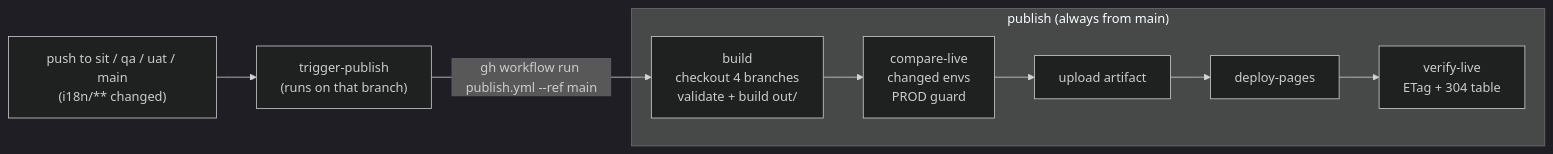
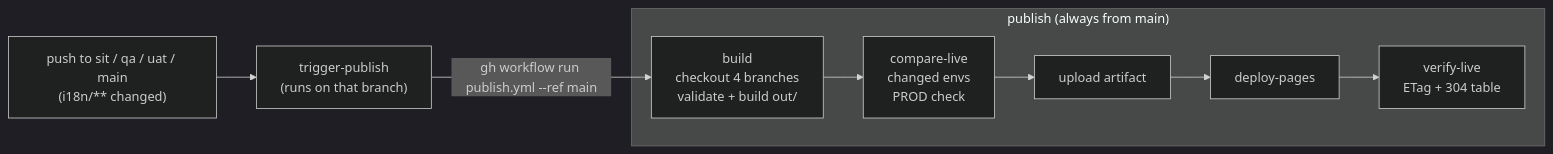
Before and after one commit to Programm3r/tms: the second of 2 diagrams in README.md, drawn with Mermaid (dark theme). The commit also changed other lines of this file, not shown here.

````diff
--- a/README.md
+++ b/README.md
@@ -92,9 +193,9 @@
 ```mermaid
 flowchart LR
     P["push to sit / qa / uat / main<br/>(i18n/** changed)"] --> T["trigger-publish<br/>(runs on that branch)"]
     T -- "gh workflow run publish.yml --ref main" --> B
     subgraph Pub["publish (always from main)"]
-        B["build<br/>checkout 4 branches<br/>validate + build out/"] --> C["compare-live<br/>changed envs<br/>PROD guard"]
+        B["build<br/>checkout 4 branches<br/>validate + build out/"] --> C["compare-live<br/>changed envs<br/>PROD check"]
         C --> U[upload artifact] --> Dp[deploy-pages] --> V["verify-live<br/>ETag + 304 table"]
     end
 ```
````
